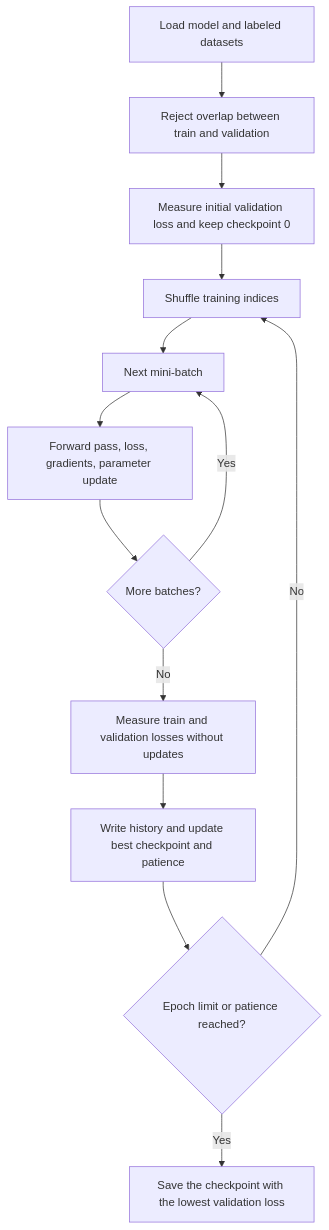
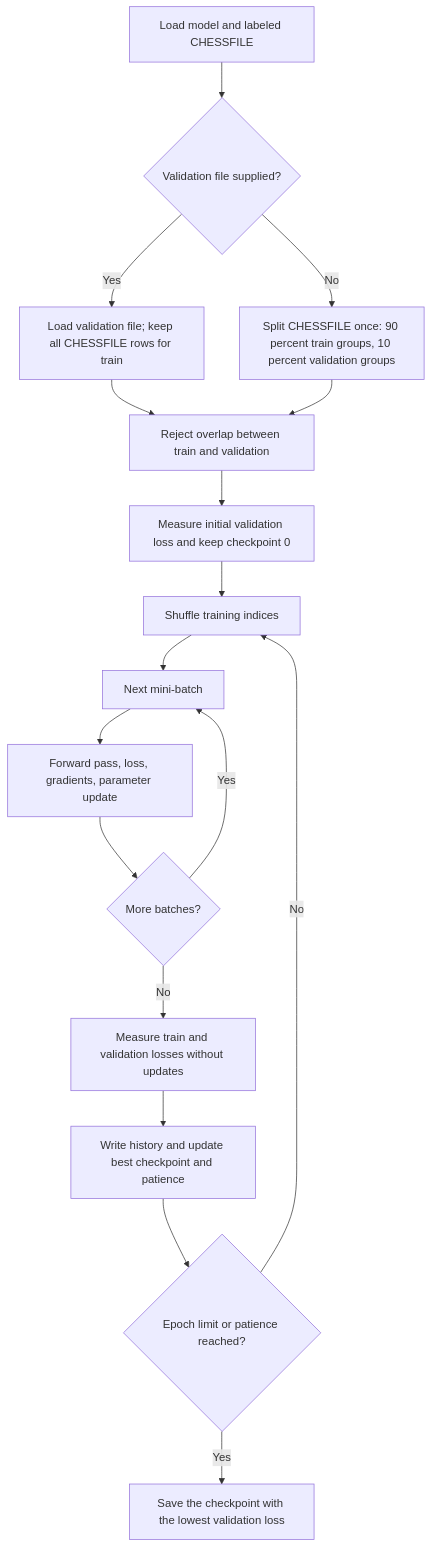
The first of 2 diagrams in docs/training.md (Vulcaaa/MyTorch), drawn with Mermaid before and after one commit. The commit also changed other lines of this file and 1 other file, not shown here.

Commit message:
docs: explain automatic validation and reference splits

````diff
--- a/docs/training.md
+++ b/docs/training.md
@@ -78,15 +83,19 @@
 ```mermaid
 flowchart TD
-    A[Load model and labeled datasets] --> B[Reject overlap between train and validation]
+    A[Load model and labeled CHESSFILE] --> V{Validation file supplied?}
+    V -->|Yes| W[Load validation file; keep all CHESSFILE rows for train]
+    V -->|No| S[Split CHESSFILE once: 90 percent train groups, 10 percent validation groups]
+    W --> B[Reject overlap between train and validation]
+    S --> B
     B --> C[Measure initial validation loss and keep checkpoint 0]
     C --> D[Shuffle training indices]
     D --> E[Next mini-batch]
     E --> F[Forward pass, loss, gradients, parameter update]
     F --> G{More batches?}
     G -->|Yes| E
     G -->|No| H[Measure train and validation losses without updates]
     H --> I[Write history and update best checkpoint and patience]
     I --> J{Epoch limit or patience reached?}
     J -->|No| D
     J -->|Yes| K[Save the checkpoint with the lowest validation loss]
 ```
````
